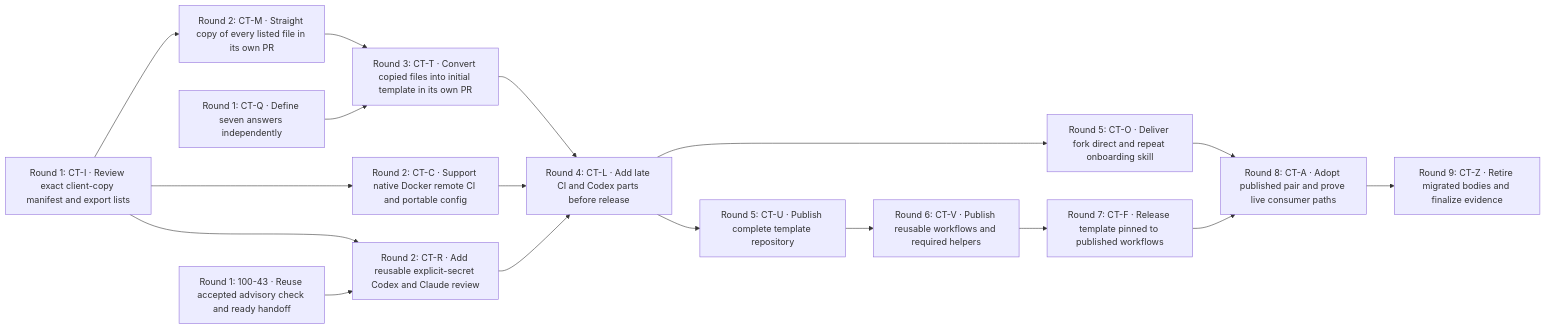
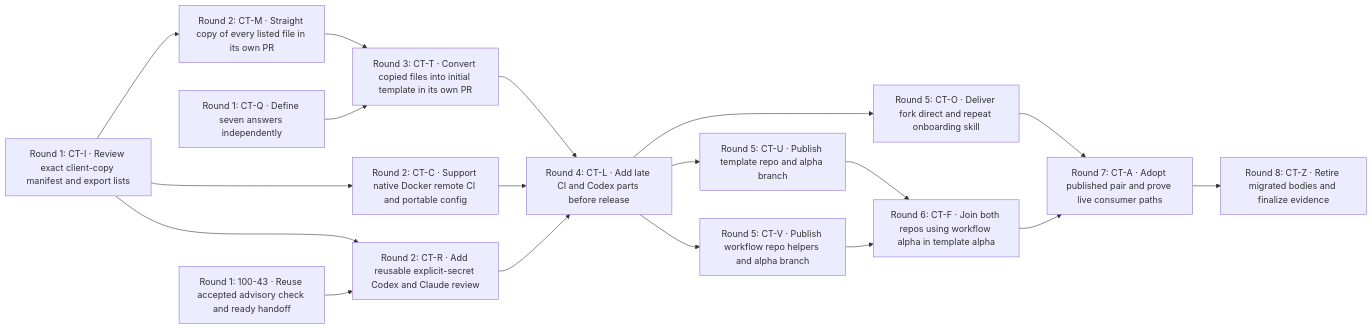
Before and after one commit to 1000lines/symphony-example: the diagram in docs/symphony-plans/fan-out-plan-100-39-client-template.md, drawn with Mermaid. The commit also changed other lines of this file and 4 other files, not shown here.

Commit message:
Plan parallel alpha publication and close workflow ownership gaps

````diff
--- a/docs/symphony-plans/fan-out-plan-100-39-client-template.md
+++ b/docs/symphony-plans/fan-out-plan-100-39-client-template.md
@@ -138,34 +153,35 @@
 ```mermaid
 %% symphony-dag/v1
 flowchart LR
   I["Round 1: CT-I · Review exact client-copy manifest and export lists"]
   Q["Round 1: CT-Q · Define seven answers independently"]
   CHECK["Round 1: 100-43 · Reuse accepted advisory check and ready handoff"]
   M["Round 2: CT-M · Straight copy of every listed file in its own PR"]
   C["Round 2: CT-C · Support native Docker remote CI and portable config"]
   R["Round 2: CT-R · Add reusable explicit-secret Codex and Claude review"]
   T["Round 3: CT-T · Convert copied files into initial template in its own PR"]
   L["Round 4: CT-L · Add late CI and Codex parts before release"]
   O["Round 5: CT-O · Deliver fork direct and repeat onboarding skill"]
-  U["Round 5: CT-U · Publish complete template repository"]
-  V["Round 6: CT-V · Publish reusable workflows and required helpers"]
-  F["Round 7: CT-F · Release template pinned to published workflows"]
-  A["Round 8: CT-A · Adopt published pair and prove live consumer paths"]
-  Z["Round 9: CT-Z · Retire migrated bodies and finalize evidence"]
+  U["Round 5: CT-U · Publish template repo and alpha branch"]
+  V["Round 5: CT-V · Publish workflow repo helpers and alpha branch"]
+  F["Round 6: CT-F · Join both repos using workflow alpha in template alpha"]
+  A["Round 7: CT-A · Adopt published pair and prove live consumer paths"]
+  Z["Round 8: CT-Z · Retire migrated bodies and finalize evidence"]
   I --> M
   I --> C
   I --> R
   CHECK --> R
   M --> T
   Q --> T
   T --> L
   C --> L
   R --> L
   L --> O
   L --> U
-  U --> V
+  L --> V
+  U --> F
   V --> F
   O --> A
   F --> A
   A --> Z
 ```
````
